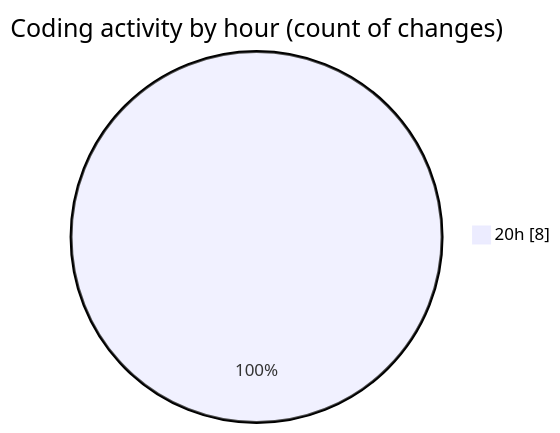
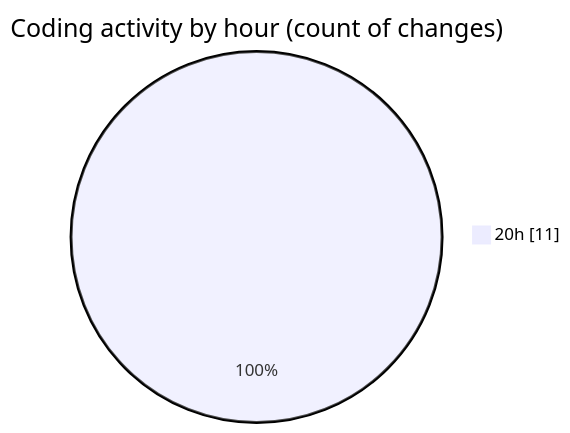
One commit to Netris89/code-tracking changed the second of 2 diagrams in 2025-10-29/skintrack/README.md. Above: the diagram before and after it, drawn with Mermaid. The commit also changed other lines of this file and 1 other file, not shown here.

````diff
--- a/2025-10-29/skintrack/README.md
+++ b/2025-10-29/skintrack/README.md
@@ -33,5 +34,5 @@
 ```mermaid
 pie showData
 title Coding activity by hour (count of changes)
-"20h" : 8
+"20h" : 11
 ```
````
